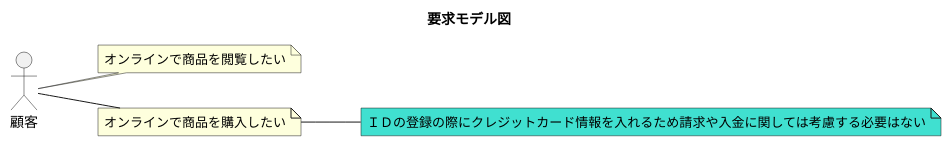
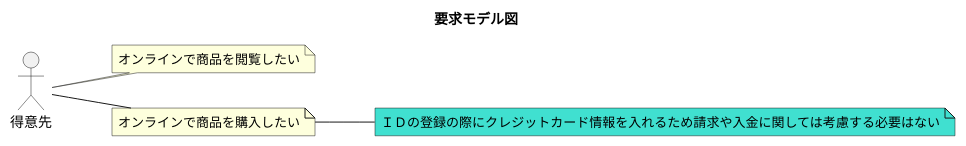
Before and after one commit to k2works/application_programing_excercise_2022: the second of 28 diagrams in docs/index.adoc, drawn with PlantUML. The commit also changed other lines of this file, not shown here.

```diff
--- a/docs/index.adoc
+++ b/docs/index.adoc
@@ -89,21 +91,21 @@
 [plantuml]
 ----
 @startuml
 
 title 要求モデル図
 
 left to right direction
 
-actor 顧客 as ac_01
+actor 得意先 as ac_01
 note "オンラインで商品を閲覧したい" as k_r1
 note "オンラインで商品を購入したい" as k_r2
 note as k_dr1 #Turquoise
  ＩＤの登録の際にクレジットカード情報を入れるため請求や入金に関しては考慮する必要はない
 end note
 
 ac_01 -- k_r1
 ac_01 -- k_r2
 k_r2 -- k_dr1
 
 @enduml
 ----
```
